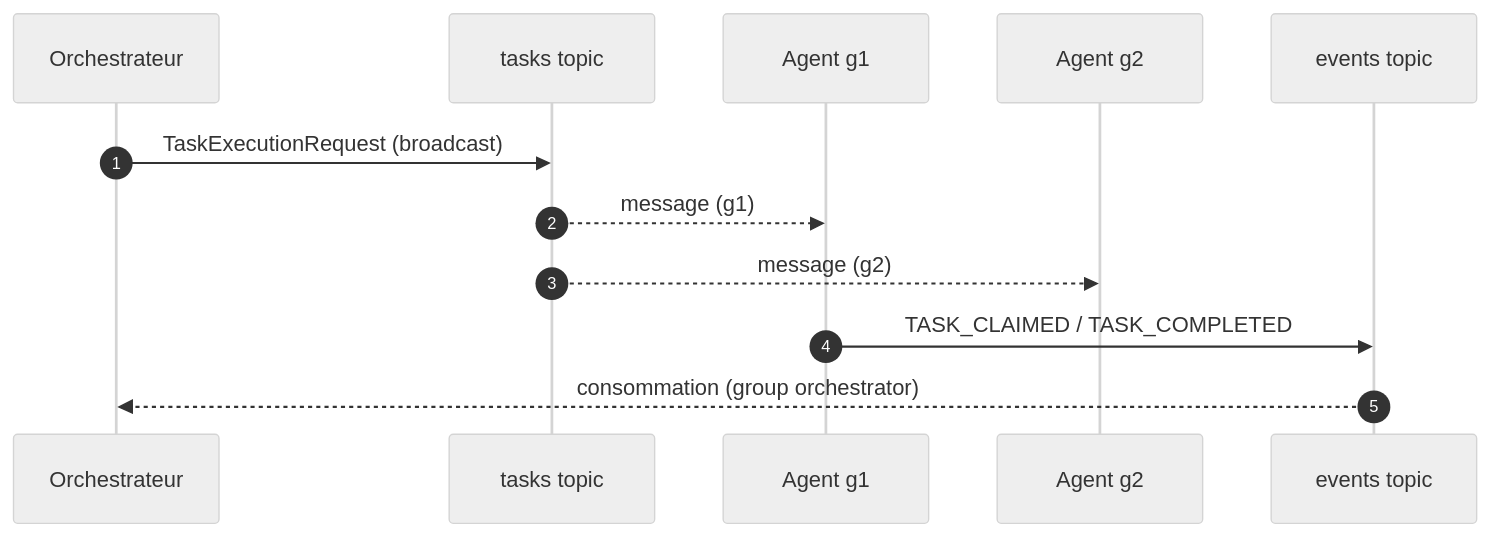
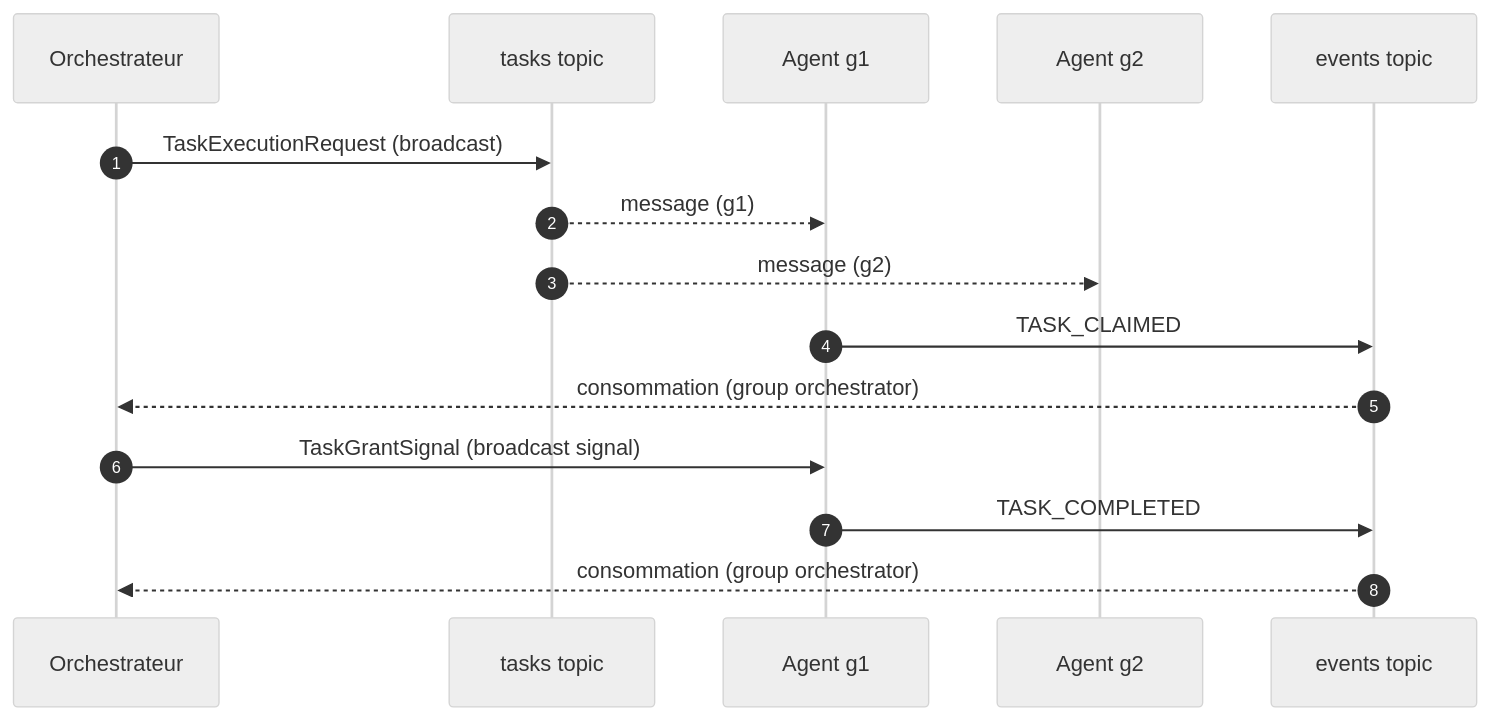
The second of 2 diagrams in docs/knowledge/specs/05-transport-layer.md (DIFRIN/performance-platform), drawn with Mermaid (neutral theme) before and after one commit. The commit also changed other lines of this file and 468 other files, not shown here.

````diff
--- a/docs/knowledge/specs/05-transport-layer.md
+++ b/docs/knowledge/specs/05-transport-layer.md
@@ -249,15 +271,18 @@
 ```mermaid
 sequenceDiagram
     autonumber
     participant ORCH as Orchestrateur
     participant KT as tasks topic
     participant A1 as Agent g1
     participant A2 as Agent g2
     participant ET as events topic
 
     ORCH->>KT: TaskExecutionRequest (broadcast)
     KT-->>A1: message (g1)
     KT-->>A2: message (g2)
-    A1->>ET: TASK_CLAIMED / TASK_COMPLETED
+    A1->>ET: TASK_CLAIMED
+    ET-->>ORCH: consommation (group orchestrator)
+    ORCH->>A1: TaskGrantSignal (broadcast signal)
+    A1->>ET: TASK_COMPLETED
     ET-->>ORCH: consommation (group orchestrator)
 ```
````
